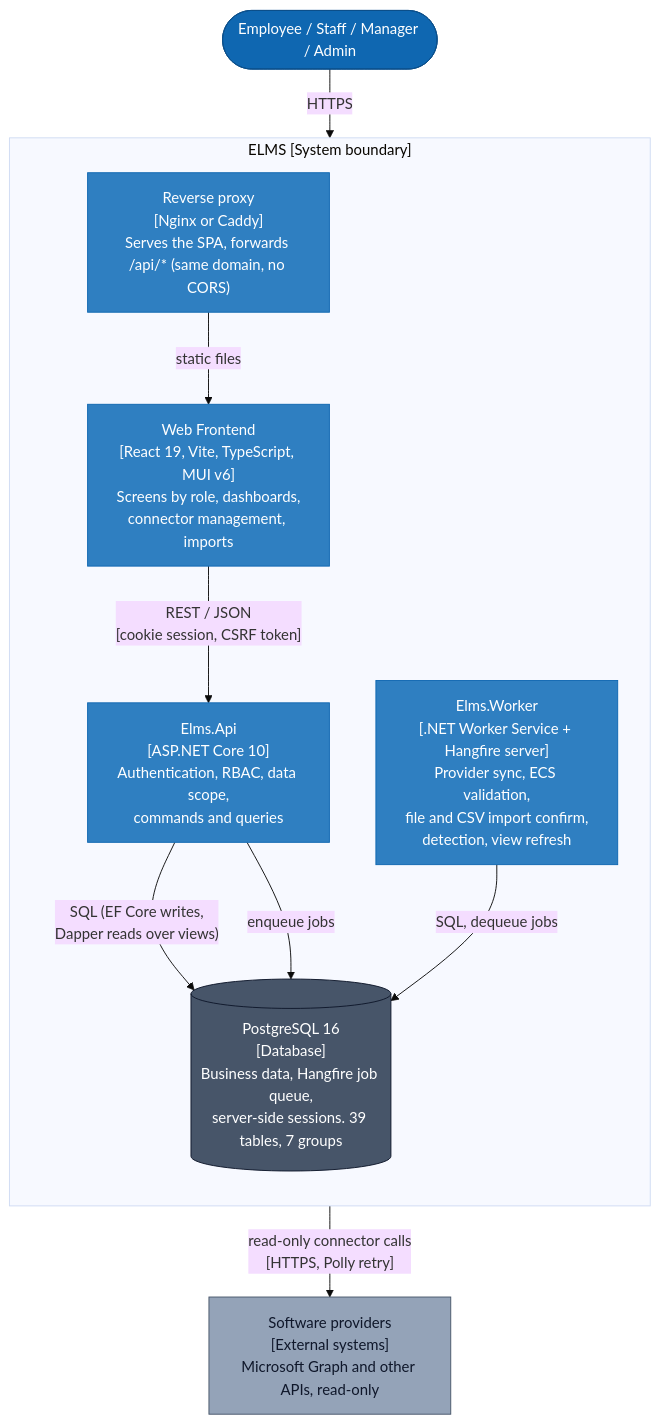
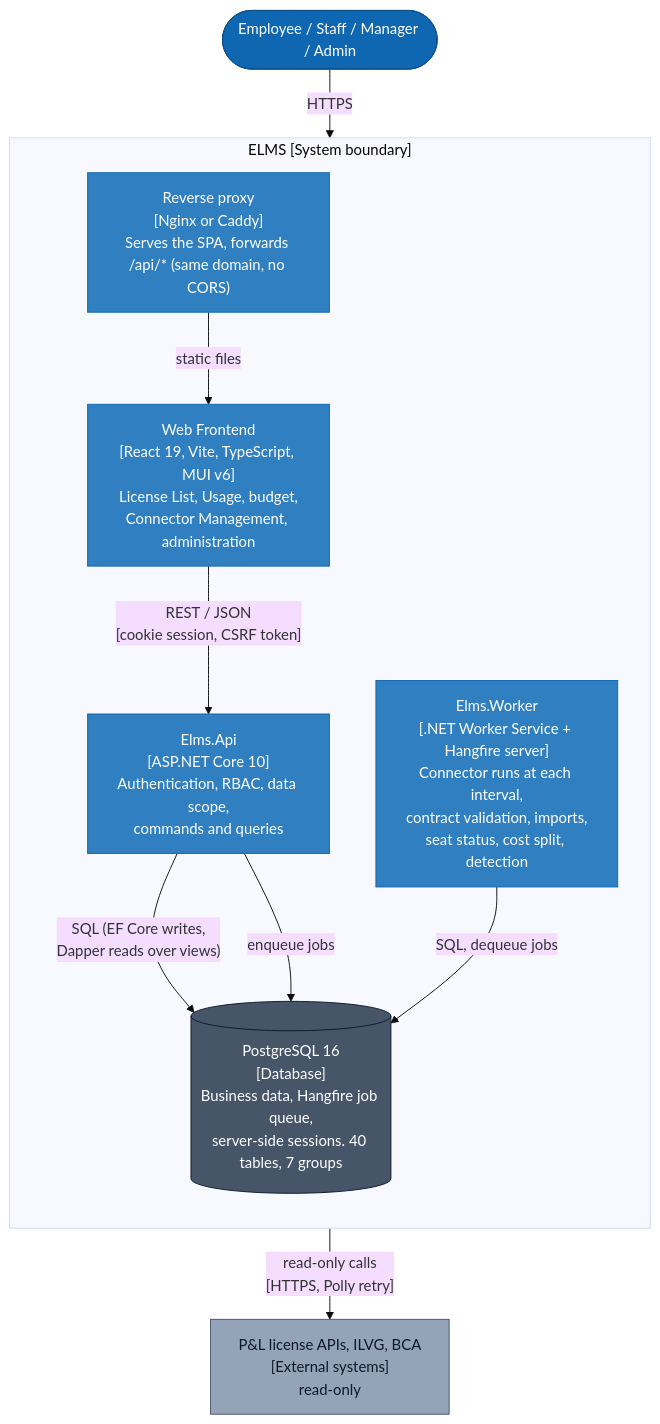
Before and after one commit to cuonglpv/VFast: the second of 7 diagrams in docs/07-c4-architecture.md, drawn with Mermaid (base theme). The commit also changed other lines of this file, not shown here.

First line of the commit message:
docs: align the C4 architecture with the P&L API model

````diff
--- a/docs/07-c4-architecture.md
+++ b/docs/07-c4-architecture.md
@@ -81,31 +86,31 @@
 ```mermaid
 flowchart TB
     users(["Employee / Staff / Manager / Admin"])
-    providers["Software providers<br/>[External systems]<br/>Microsoft Graph and other APIs, read-only"]
+    sources["P&L license APIs, ILVG, BCA<br/>[External systems]<br/>read-only"]
 
     subgraph elms["ELMS [System boundary]"]
         direction TB
         proxy["Reverse proxy<br/>[Nginx or Caddy]<br/>Serves the SPA, forwards /api/* (same domain, no CORS)"]
-        web["Web Frontend<br/>[React 19, Vite, TypeScript, MUI v6]<br/>Screens by role, dashboards,<br/>connector management, imports"]
+        web["Web Frontend<br/>[React 19, Vite, TypeScript, MUI v6]<br/>License List, Usage, budget,<br/>Connector Management, administration"]
         api["Elms.Api<br/>[ASP.NET Core 10]<br/>Authentication, RBAC, data scope,<br/>commands and queries"]
-        worker["Elms.Worker<br/>[.NET Worker Service + Hangfire server]<br/>Provider sync, ECS validation,<br/>file and CSV import confirm,<br/>detection, view refresh"]
-        db[("PostgreSQL 16<br/>[Database]<br/>Business data, Hangfire job queue,<br/>server-side sessions. 39 tables, 7 groups")]
+        worker["Elms.Worker<br/>[.NET Worker Service + Hangfire server]<br/>Connector runs at each interval,<br/>contract validation, imports,<br/>seat status, cost split, detection"]
+        db[("PostgreSQL 16<br/>[Database]<br/>Business data, Hangfire job queue,<br/>server-side sessions. 40 tables, 7 groups")]
     end
 
     users -- "HTTPS" --> proxy
     proxy -- "static files" --> web
     web -- "REST / JSON<br/>[cookie session, CSRF token]" --> api
     api -- "SQL (EF Core writes,<br/>Dapper reads over views)" --> db
     api -- "enqueue jobs" --> db
     worker -- "SQL, dequeue jobs" --> db
-    worker -- "read-only connector calls<br/>[HTTPS, Polly retry]" --> providers
+    worker -- "read-only calls<br/>[HTTPS, Polly retry]" --> sources
 
     classDef person fill:#0F67B1,stroke:#0B4F8A,color:#fff
     classDef container fill:#2F7FC1,stroke:#0F67B1,color:#fff
     classDef store fill:#475569,stroke:#0F172A,color:#fff
     classDef external fill:#94A3B8,stroke:#475569,color:#0F172A
     class users person
     class proxy,web,api,worker container
     class db store
-    class providers external
+    class sources external
 ```
````
